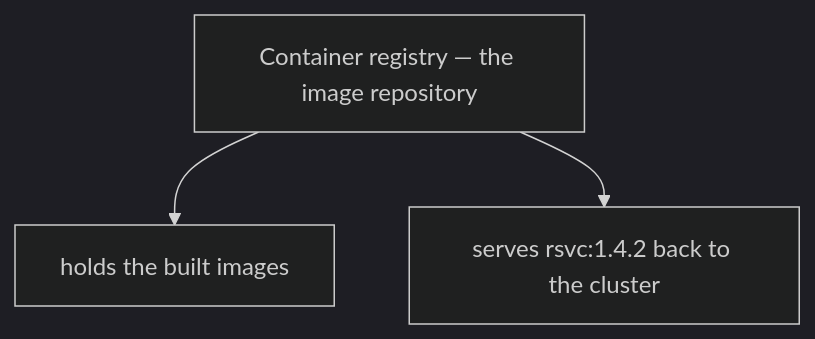
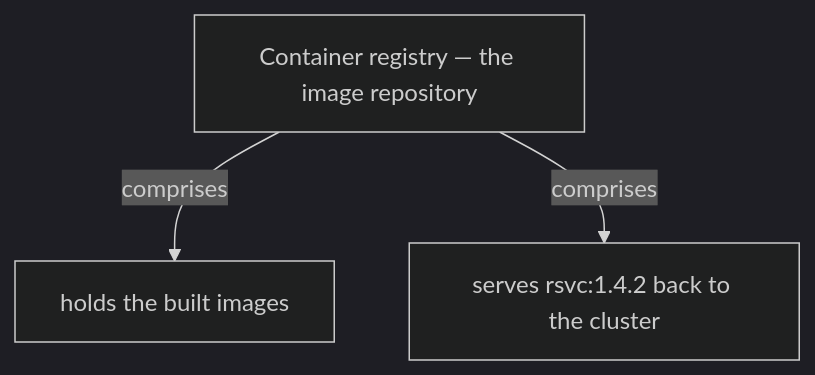
The sixth of 13 diagrams in docs/ch37-service-per-container.md (vinayakuber/microservices-io-study-guide), drawn with Mermaid (dark theme) before and after one commit. The commit also changed other lines of this file and 71 other files, not shown here.

First line of the commit message:
R18: label every diagram arrow with its meaning

````diff
--- a/docs/ch37-service-per-container.md
+++ b/docs/ch37-service-per-container.md
@@ -219,6 +219,6 @@
 ```mermaid
 flowchart TD
   R["Container registry — the image repository"]
-  R --> P0["holds the built images"]
-  R --> P1["serves rsvc:1.4.2 back to the cluster"]
+  R -->|"comprises"| P0["holds the built images"]
+  R -->|"comprises"| P1["serves rsvc:1.4.2 back to the cluster"]
 ```
````
